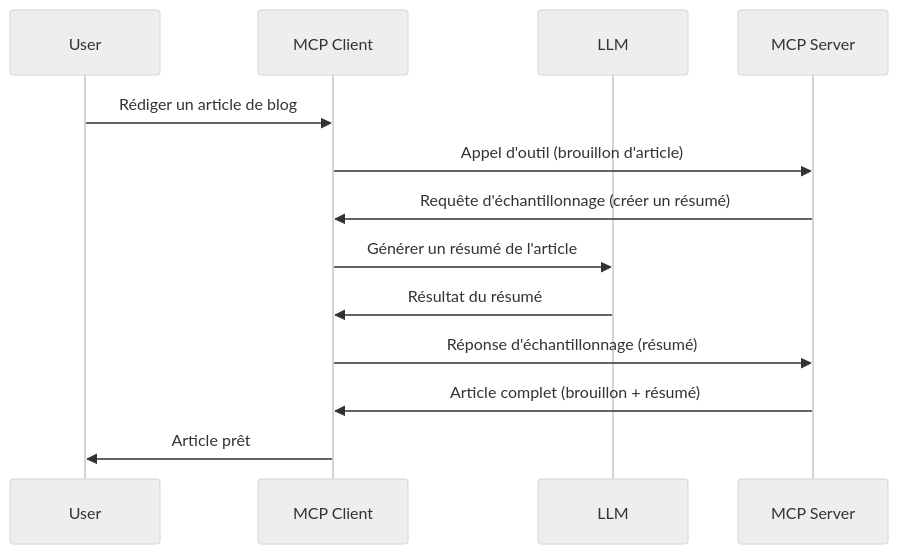
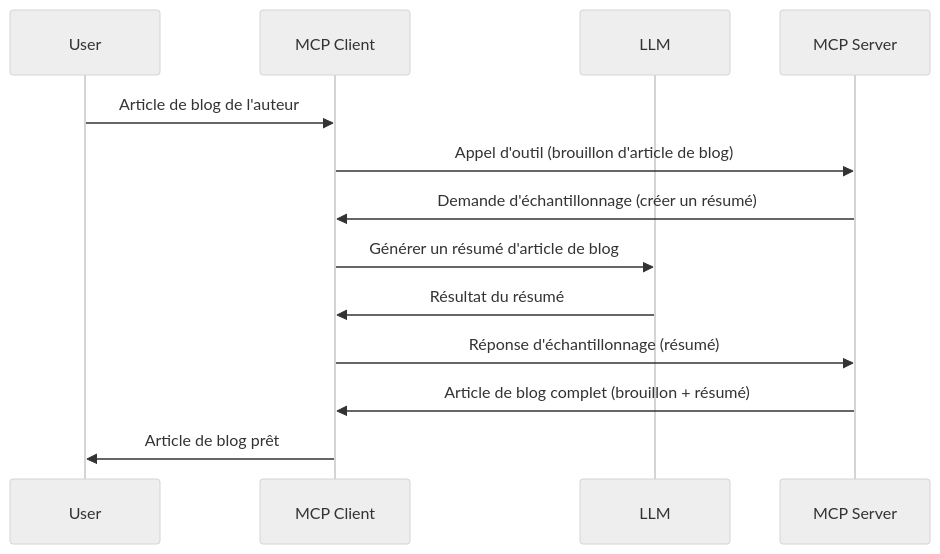
Before and after one commit to HIDORAKAI002/ai-workspace-archive: the diagram in mcp_ecosystem__model_context_protocol/mcp_learning_resources/mcp-for-beginners/translations/fr/03-GettingStarted/14-sampling/README.md, drawn with Mermaid (neutral theme). The commit also changed other lines of this file and 1046 other files, not shown here.

````diff
--- a/mcp_ecosystem__model_context_protocol/mcp_learning_resources/mcp-for-beginners/translations/fr/03-GettingStarted/14-sampling/README.md
+++ b/mcp_ecosystem__model_context_protocol/mcp_learning_resources/mcp-for-beginners/translations/fr/03-GettingStarted/14-sampling/README.md
@@ -23,16 +25,16 @@
 ```mermaid
 sequenceDiagram
     participant User
     participant MCP Client
     participant LLM
     participant MCP Server
 
-    User->>MCP Client: Rédiger un article de blog
-    MCP Client->>MCP Server: Appel d'outil (brouillon d'article)
-    MCP Server->>MCP Client: Requête d'échantillonnage (créer un résumé)
-    MCP Client->>LLM: Générer un résumé de l'article
+    User->>MCP Client: Article de blog de l'auteur
+    MCP Client->>MCP Server: Appel d'outil (brouillon d'article de blog)
+    MCP Server->>MCP Client: Demande d'échantillonnage (créer un résumé)
+    MCP Client->>LLM: Générer un résumé d'article de blog
     LLM->>MCP Client: Résultat du résumé
     MCP Client->>MCP Server: Réponse d'échantillonnage (résumé)
-    MCP Server->>MCP Client: Article complet (brouillon + résumé)
-    MCP Client->>User: Article prêt
+    MCP Server->>MCP Client: Article de blog complet (brouillon + résumé)
+    MCP Client->>User: Article de blog prêt
 ```
````
